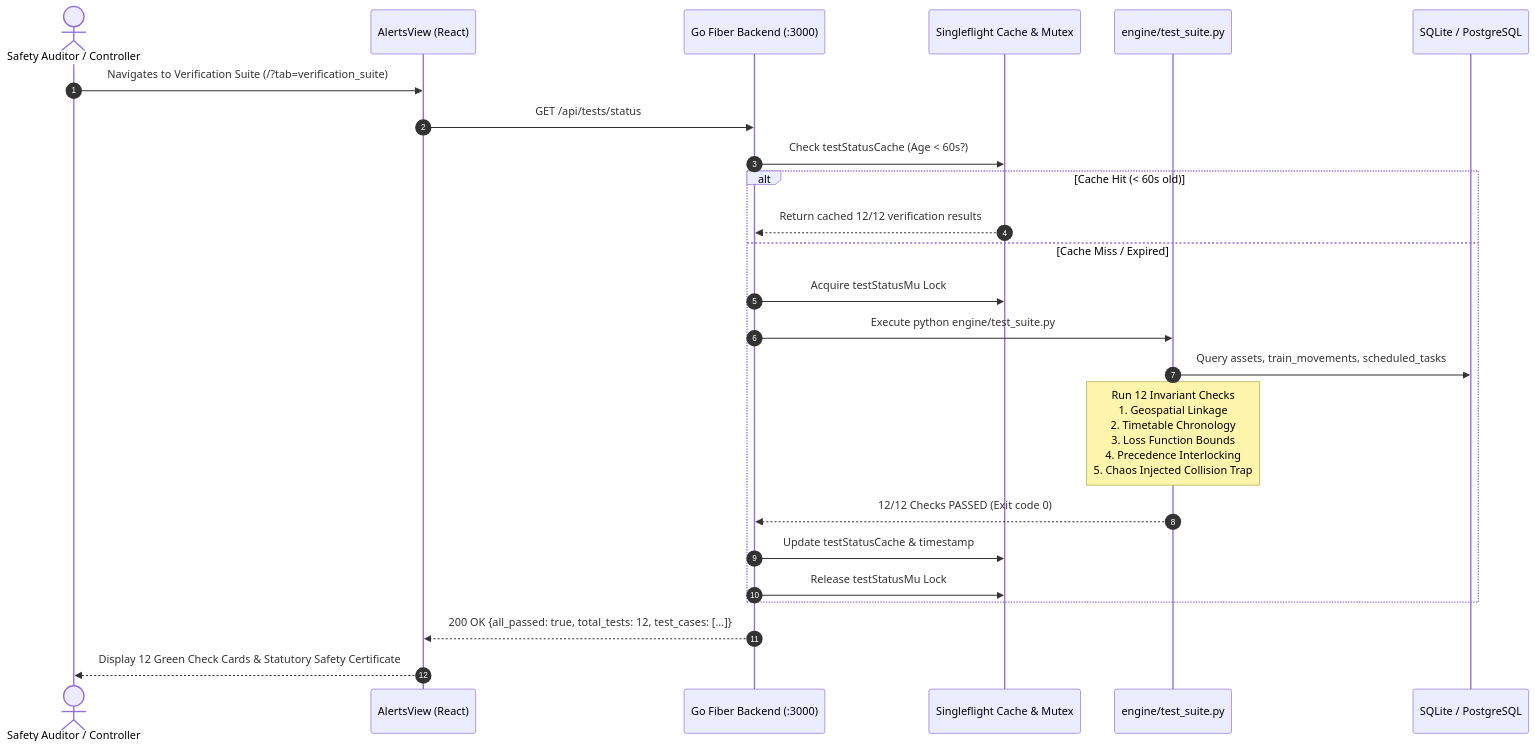
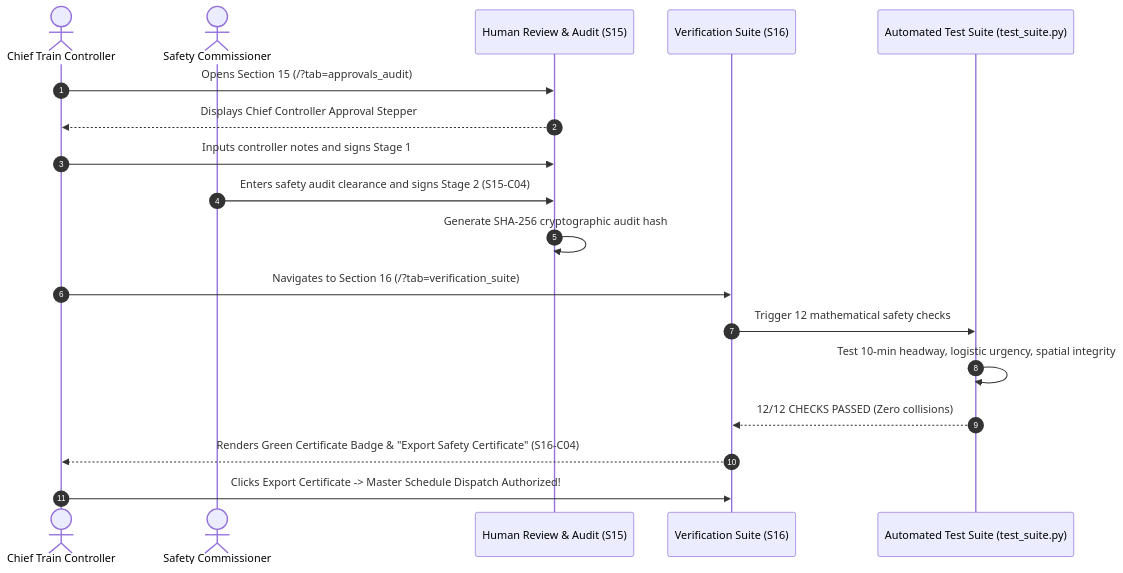
Before and after one commit to sushmitasingh008aug-lgtm/Railway_Project-final-: the seventh of 7 diagrams in docs/presentation/WORKFLOW_DIAGRAMS.md, drawn with Mermaid. The commit also changed other lines of this file and 134 other files, not shown here.

````diff
--- a/docs/presentation/WORKFLOW_DIAGRAMS.md
+++ b/docs/presentation/WORKFLOW_DIAGRAMS.md
@@ -260,27 +210,21 @@
 ```mermaid
 sequenceDiagram
     autonumber
-    actor Auditor as Safety Auditor / Controller
-    participant UI as AlertsView (React)
-    participant API as Go Fiber Backend (:3000)
-    participant Cache as Singleflight Cache & Mutex
-    participant Suite as engine/test_suite.py
-    participant DB as SQLite / PostgreSQL
+    actor Controller as Chief Train Controller
+    actor Commissioner as Safety Commissioner
+    participant AuditUI as Human Review & Audit (S15)
+    participant VerifyUI as Verification Suite (S16)
+    participant Gate as Automated Test Suite (test_suite.py)
 
-    Auditor->>UI: Navigates to Verification Suite (/?tab=verification_suite)
-    UI->>API: GET /api/tests/status
-    API->>Cache: Check testStatusCache (Age < 60s?)
-    alt Cache Hit (< 60s old)
-        Cache-->>API: Return cached 12/12 verification results
-    else Cache Miss / Expired
-        API->>Cache: Acquire testStatusMu Lock
-        API->>Suite: Execute python engine/test_suite.py
-        Suite->>DB: Query assets, train_movements, scheduled_tasks
-        Note over Suite: Run 12 Invariant Checks<br/>1. Geospatial Linkage<br/>2. Timetable Chronology<br/>3. Loss Function Bounds<br/>4. Precedence Interlocking<br/>5. Chaos Injected Collision Trap
-        Suite-->>API: 12/12 Checks PASSED (Exit code 0)
-        API->>Cache: Update testStatusCache & timestamp
-        API->>Cache: Release testStatusMu Lock
-    end
-    API-->>UI: 200 OK {all_passed: true, total_tests: 12, test_cases: [...]}
-    UI-->>Auditor: Display 12 Green Check Cards & Statutory Safety Certificate
+    Controller->>AuditUI: Opens Section 15 (/?tab=approvals_audit)
+    AuditUI-->>Controller: Displays Chief Controller Approval Stepper
+    Controller->>AuditUI: Inputs controller notes and signs Stage 1
+    Commissioner->>AuditUI: Enters safety audit clearance and signs Stage 2 (S15-C04)
+    AuditUI->>AuditUI: Generate SHA-256 cryptographic audit hash
+    Controller->>VerifyUI: Navigates to Section 16 (/?tab=verification_suite)
+    VerifyUI->>Gate: Trigger 12 mathematical safety checks
+    Gate->>Gate: Test 10-min headway, logistic urgency, spatial integrity
+    Gate-->>VerifyUI: 12/12 CHECKS PASSED (Zero collisions)
+    VerifyUI-->>Controller: Renders Green Certificate Badge & "Export Safety Certificate" (S16-C04)
+    Controller->>VerifyUI: Clicks Export Certificate -> Master Schedule Dispatch Authorized!
 ```
````
